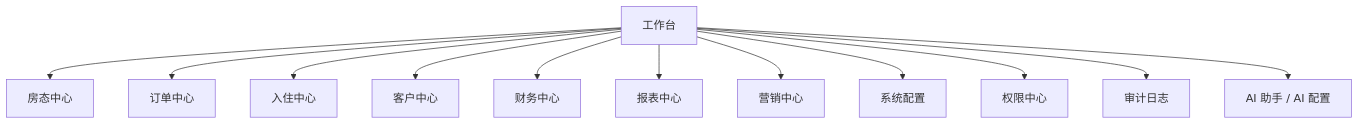
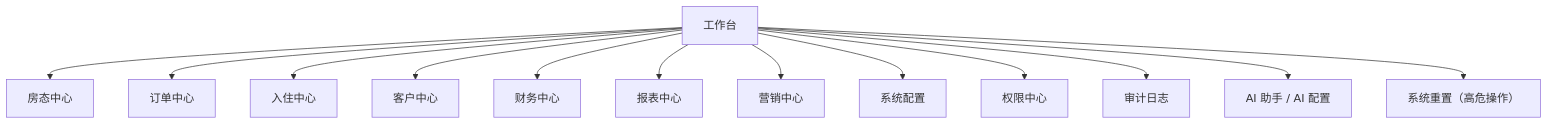
Before and after one commit to MelodyKnit/HoteLink: the fifth of 7 diagrams in docs/frontend-system-design.md, drawn with Mermaid. The commit also changed other lines of this file and 32 other files, not shown here.

First line of the commit message:
特性：在各个视图中添加吐司通知，以提供更好的用户反馈

````diff
--- a/docs/frontend-system-design.md
+++ b/docs/frontend-system-design.md
@@ -147,14 +147,15 @@
 ```mermaid
 flowchart TD
     DASH["工作台"] --> ROOM["房态中心"]
     DASH --> ORDER["订单中心"]
     DASH --> CHECKIN["入住中心"]
     DASH --> CUSTOMER["客户中心"]
     DASH --> BILL["财务中心"]
     DASH --> REPORT["报表中心"]
     DASH --> MARKET["营销中心"]
     DASH --> CONFIG["系统配置"]
     DASH --> AUTH["权限中心"]
     DASH --> LOG["审计日志"]
     DASH --> AI["AI 助手 / AI 配置"]
+    DASH --> RESET["系统重置（高危操作）"]
 ```
````
